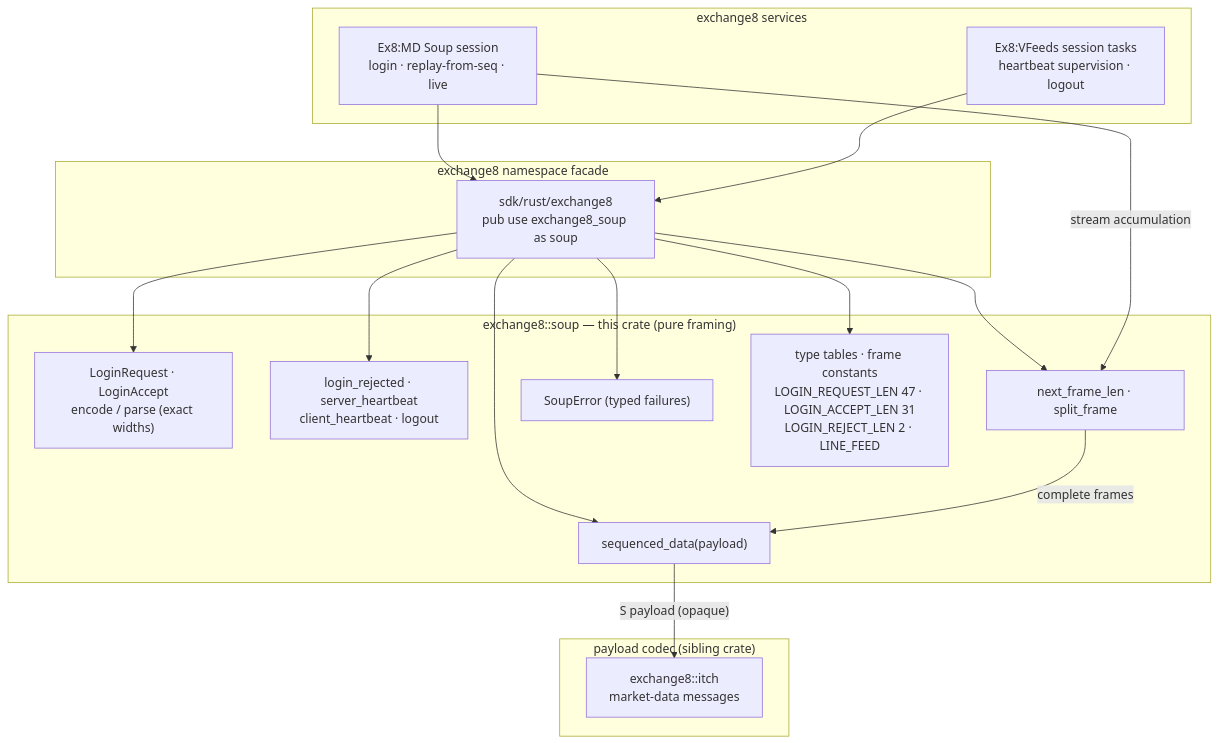
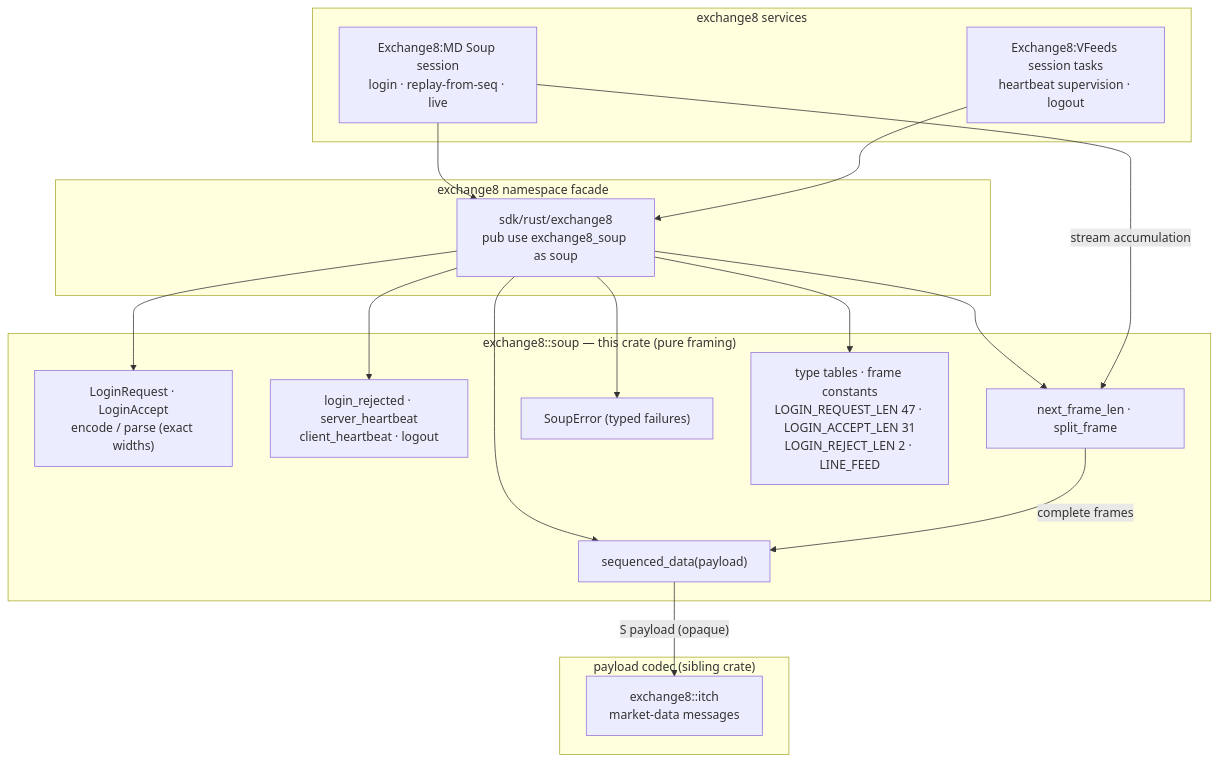
The diagram in crates/soup/README.md (Exchange8-dev/exchange8-sdk), drawn with Mermaid before and after one commit. The commit also changed other lines of this file and 29 other files, not shown here.

````diff
--- a/crates/soup/README.md
+++ b/crates/soup/README.md
@@ -46,36 +46,36 @@
 ```mermaid
 graph TD
     subgraph CONSUMERS["exchange8 services"]
-        MDSESS["Ex8:MD Soup session<br/>login · replay-from-seq · live"]
-        VFSESS["Ex8:VFeeds session tasks<br/>heartbeat supervision · logout"]
+        MDSESS["Exchange8:MD Soup session<br/>login · replay-from-seq · live"]
+        VFSESS["Exchange8:VFeeds session tasks<br/>heartbeat supervision · logout"]
     end
 
     subgraph FACADE["exchange8 namespace facade"]
         SDK["sdk/rust/exchange8<br/>pub use exchange8_soup as soup"]
     end
 
     subgraph CRATE["exchange8::soup — this crate (pure framing)"]
         LOGIN["LoginRequest · LoginAccept<br/>encode / parse (exact widths)"]
         CTRL["login_rejected · server_heartbeat<br/>client_heartbeat · logout"]
         SD["sequenced_data(payload)"]
         STREAM["next_frame_len · split_frame"]
         ERR["SoupError (typed failures)"]
         CONST["type tables · frame constants<br/>LOGIN_REQUEST_LEN 47 · LOGIN_ACCEPT_LEN 31<br/>LOGIN_REJECT_LEN 2 · LINE_FEED"]
     end
 
     subgraph PAYLOAD["payload codec (sibling crate)"]
         ITCH["exchange8::itch<br/>market-data messages"]
     end
 
     MDSESS --> SDK
     VFSESS --> SDK
     SDK --> LOGIN
     SDK --> CTRL
     SDK --> SD
     SDK --> STREAM
     SDK --> ERR
     SDK --> CONST
     MDSESS -->|"stream accumulation"| STREAM
     STREAM -->|"complete frames"| SD
     SD -->|"S payload (opaque)"| ITCH
 ```
````
